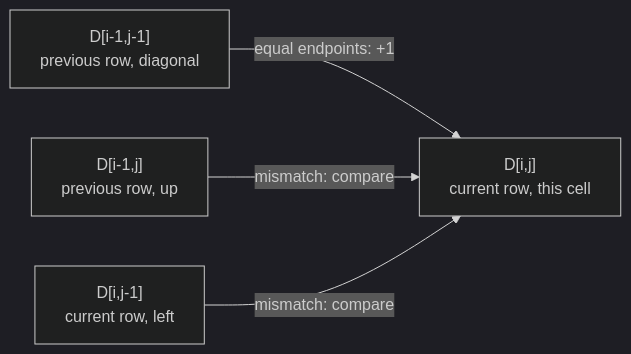
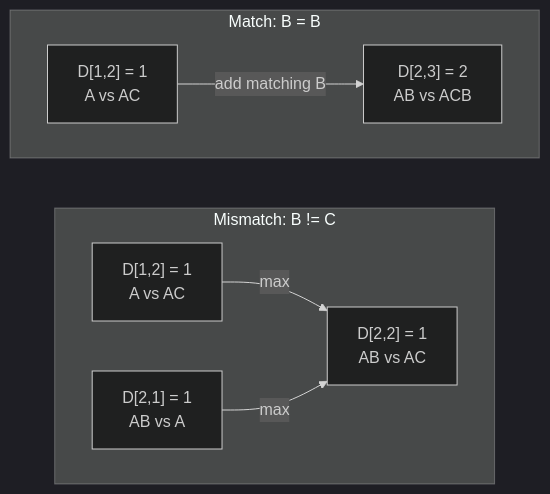
The diagram in src/content/posts/2026-09-01-longest-common-subsequence.md (mlmentorship/mlmentorship.github.io), drawn with Mermaid (dark theme) before and after one commit. The commit also changed other lines of this file and 302 other files, not shown here.

````diff
--- a/src/content/posts/2026-09-01-longest-common-subsequence.md
+++ b/src/content/posts/2026-09-01-longest-common-subsequence.md
@@ -31,6 +39,14 @@
 ```mermaid
-flowchart LR
-   Diagonal["D[i-1,j-1]<br/>previous row, diagonal"] -->|equal endpoints: +1| Answer["D[i,j]<br/>current row, this cell"]
-   Up["D[i-1,j]<br/>previous row, up"] -->|mismatch: compare| Answer
-   Left["D[i,j-1]<br/>current row, left"] -->|mismatch: compare| Answer
+flowchart TB
+   accTitle: Matching endpoints extend the diagonal; mismatches compare top and left
+   accDescr: With x equal to AB and y equal to ACB, cell D[2,3] compares matching B endpoints and extends D[1,2]=1 to length two. Cell D[2,2] compares B with C and takes max of D[1,2]=1 and D[2,1]=1, giving one. Diagonal extension is conditional on equal endpoints, not an unconditional extra candidate.
+   subgraph Equal["Match: B = B"]
+      Diagonal["D[1,2] = 1<br/>A vs AC"] -->|add matching B| Match["D[2,3] = 2<br/>AB vs ACB"]
+   end
+   subgraph Different["Mismatch: B != C"]
+      Up["D[1,2] = 1<br/>A vs AC"] -->|max| Mismatch["D[2,2] = 1<br/>AB vs AC"]
+      Left["D[2,1] = 1<br/>AB vs A"] -->|max| Mismatch
+   end
+   Equal ~~~ Different
+   class Diagonal,Match,Up,Mismatch,Left viz-fit
 ```
````
